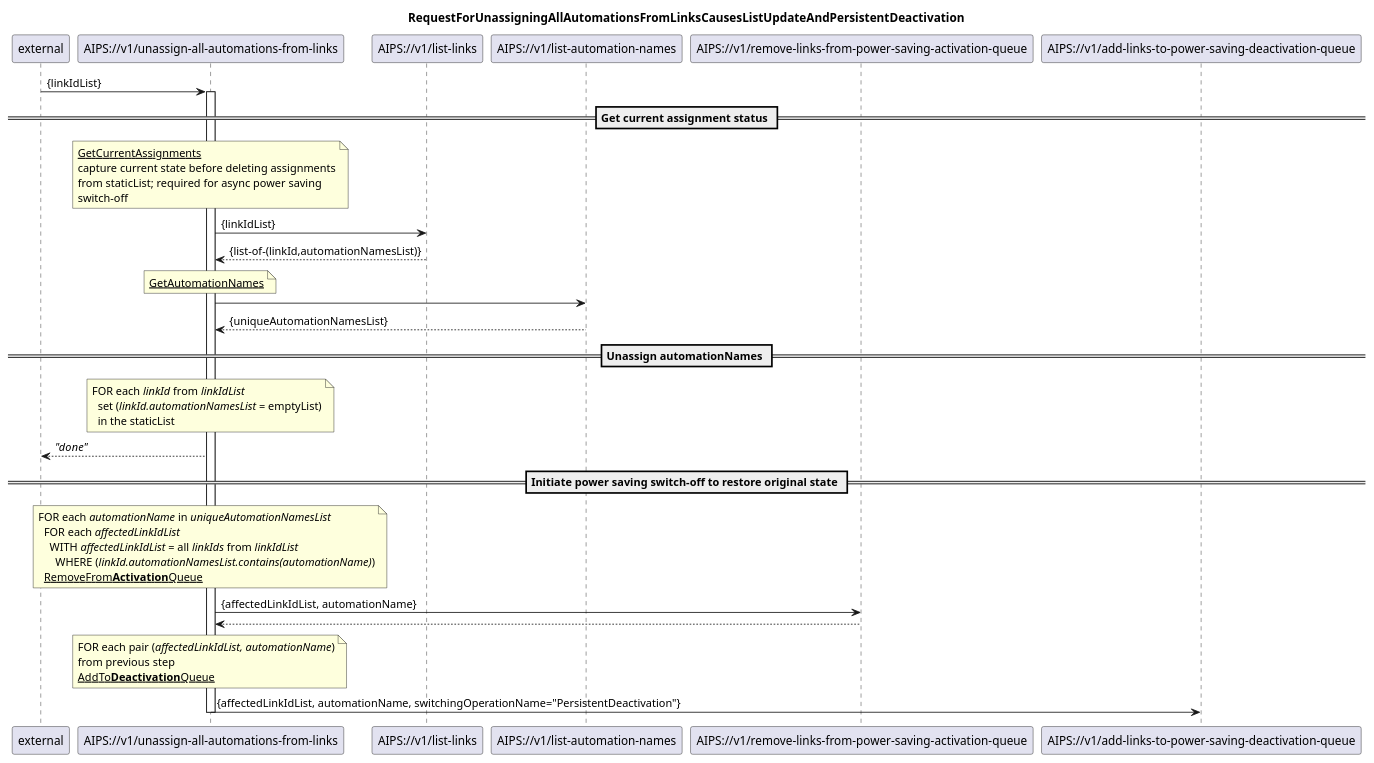
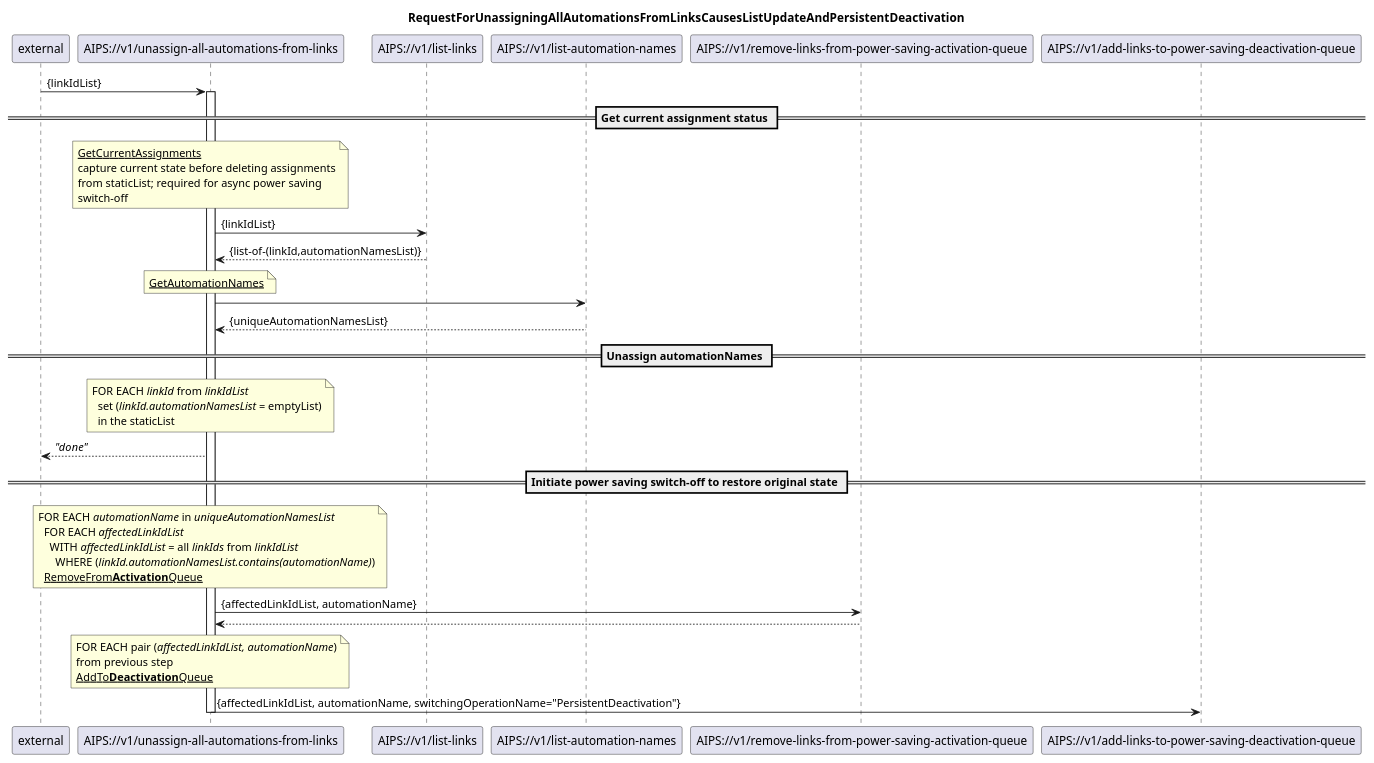
Before and after one commit to openBackhaul/AirInterfacePowerSaver: the diagram in spec/diagrams/01_AutomationManagement/b_complex services (initate restore)/104_unassignAllAutomationsFromLinks.plantuml, drawn with PlantUML. The commit also changed 5 other files, not shown here.

Commit message:
modified 01 diagrams

```diff
--- a/spec/diagrams/01_AutomationManagement/b_complex services (initate restore)/104_unassignAllAutomationsFromLinks.plantuml
+++ b/spec/diagrams/01_AutomationManagement/b_complex services (initate restore)/104_unassignAllAutomationsFromLinks.plantuml
@@ -1,72 +1,72 @@
 @startuml 104_unassignAllAutomationsFromLinks
 skinparam responseMessageBelowArrow true
 
 title
 RequestForUnassigningAllAutomationsFromLinksCausesListUpdateAndPersistentDeactivation
 end title
 
 participant "external" as requestor
 participant "AIPS://v1/unassign-all-automations-from-links" as unassignAutomation
 participant "AIPS://v1/list-links" as listLinks
 participant "AIPS://v1/list-automation-names" as listAutomations
 participant "AIPS://v1/remove-links-from-power-saving-activation-queue" as stopSimpleActivation
 participant "AIPS://v1/add-links-to-power-saving-deactivation-queue" as startPersistentDeactivation
 
 requestor -> unassignAutomation: {linkIdList}
 activate unassignAutomation
 
 == Get current assignment status ==
 
 'get current assignments from staticList
 note over unassignAutomation
   <u>GetCurrentAssignments</u>
   capture current state before deleting assignments
   from staticList; required for async power saving
   switch-off
 end note
 unassignAutomation -> listLinks: {linkIdList}
 listLinks --> unassignAutomation: {list-of-(linkId,automationNamesList)}
 
 'get automationNames
 note over unassignAutomation
   <u>GetAutomationNames</u>
 end note
 unassignAutomation -> listAutomations
 listAutomations --> unassignAutomation: {uniqueAutomationNamesList}
 
 == Unassign automationNames ==
 
 'update staticList by deleting automationNames
 note over unassignAutomation
-  FOR each <i>linkId</i> from <i>linkIdList</i>
+  FOR EACH <i>linkId</i> from <i>linkIdList</i>
     set (<i>linkId.automationNamesList</i> = emptyList)
     in the staticList
 end note
 unassignAutomation --> requestor: <i>"done"</i>
 
 == Initiate power saving switch-off to restore original state ==
 
 'stop ongoing/planned power saving (once per automationName)
 note over unassignAutomation
-  FOR each <i>automationName</i> in <i>uniqueAutomationNamesList</i>
-    FOR each <i>affectedLinkIdList</i>
+  FOR EACH <i>automationName</i> in <i>uniqueAutomationNamesList</i>
+    FOR EACH <i>affectedLinkIdList</i>
       WITH <i>affectedLinkIdList</i> = all <i>linkIds</i> from <i>linkIdList</i> 
         WHERE (<i>linkId.automationNamesList.contains(automationName)</i>)
     <u>RemoveFrom<b>Activation</b>Queue</u>
 end note
 unassignAutomation -> stopSimpleActivation: {affectedLinkIdList, automationName}
 stopSimpleActivation --> unassignAutomation
 
 
 'initiate persistentDeactivation to turn power saving off (once per automationName)
 note over unassignAutomation
-  FOR each pair (<i>affectedLinkIdList, automationName</i>)
+  FOR EACH pair (<i>affectedLinkIdList, automationName</i>)
   from previous step
   <u>AddTo<b>Deactivation</b>Queue</u>
 end note
 unassignAutomation -> startPersistentDeactivation: {affectedLinkIdList, automationName, switchingOperationName="PersistentDeactivation"}
 
 
 deactivate unassignAutomation
 
 @enduml
```
